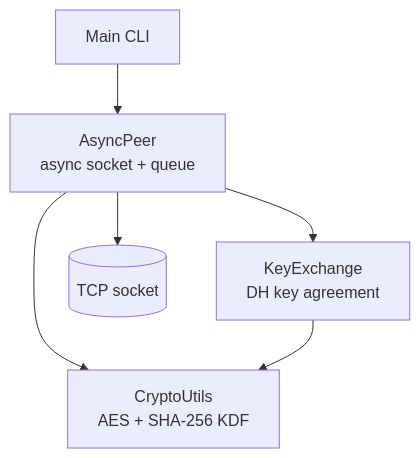
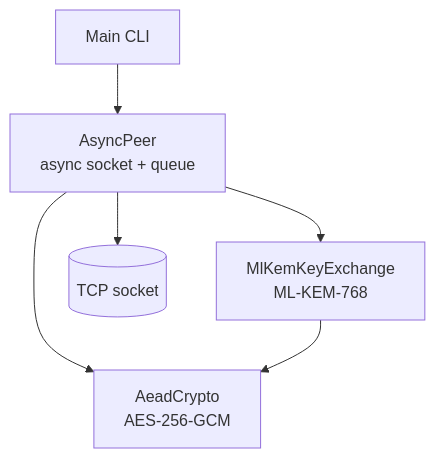
One commit to fl4nk3r-h/secureP2P-Java changed the first of 2 diagrams in docs/high-level-architecture.md. Above: the diagram before and after it, drawn with Mermaid. The commit also changed other lines of this file and 3 other files, not shown here.

Commit message:
Update documentation to reflect ML-KEM-768 and AES-256-GCM integration in SecureP2P protocol

````diff
--- a/docs/high-level-architecture.md
+++ b/docs/high-level-architecture.md
@@ -11,14 +11,14 @@
 ```mermaid
 flowchart TB
     Main[Main CLI]
     Peer[AsyncPeer\nasync socket + queue]
-    Key[KeyExchange\nDH key agreement]
-    Crypto[CryptoUtils\nAES + SHA-256 KDF]
+    Key[MlKemKeyExchange\nML-KEM-768]
+    Crypto[AeadCrypto\nAES-256-GCM]
     Socket[(TCP socket)]
 
     Main --> Peer
     Peer --> Socket
     Peer --> Key
     Peer --> Crypto
     Key --> Crypto
 ```
````
